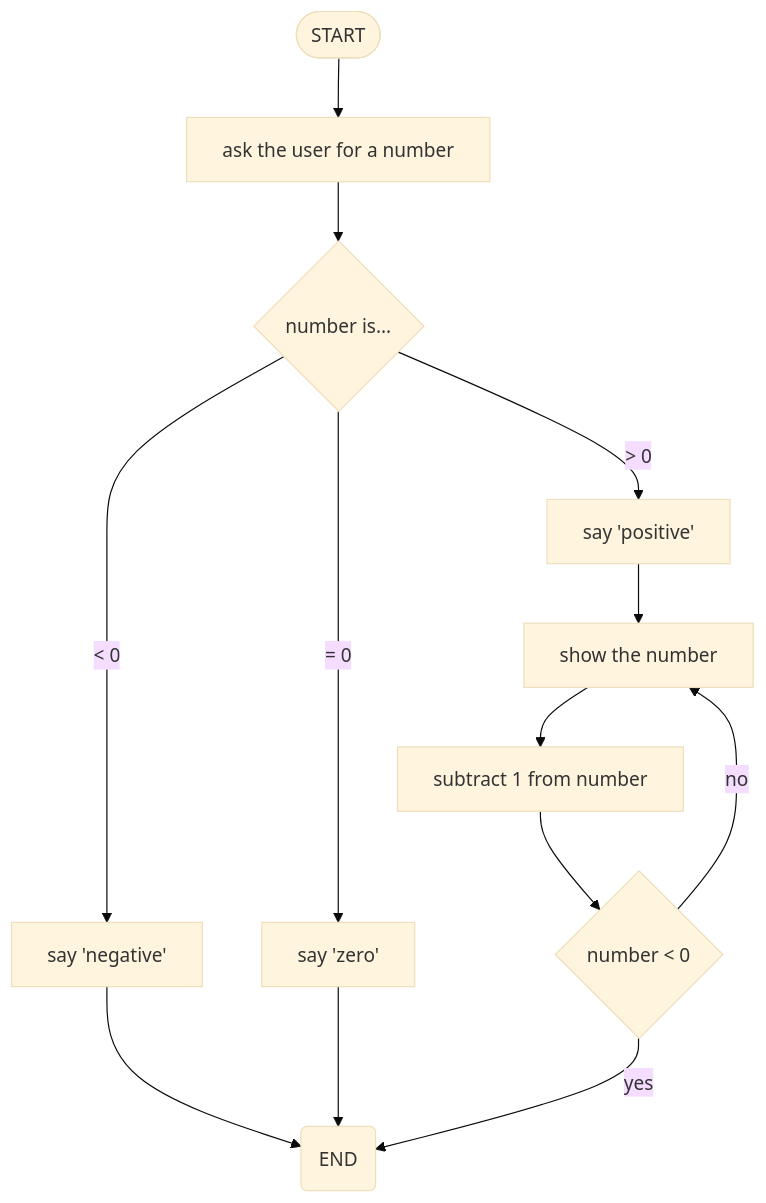
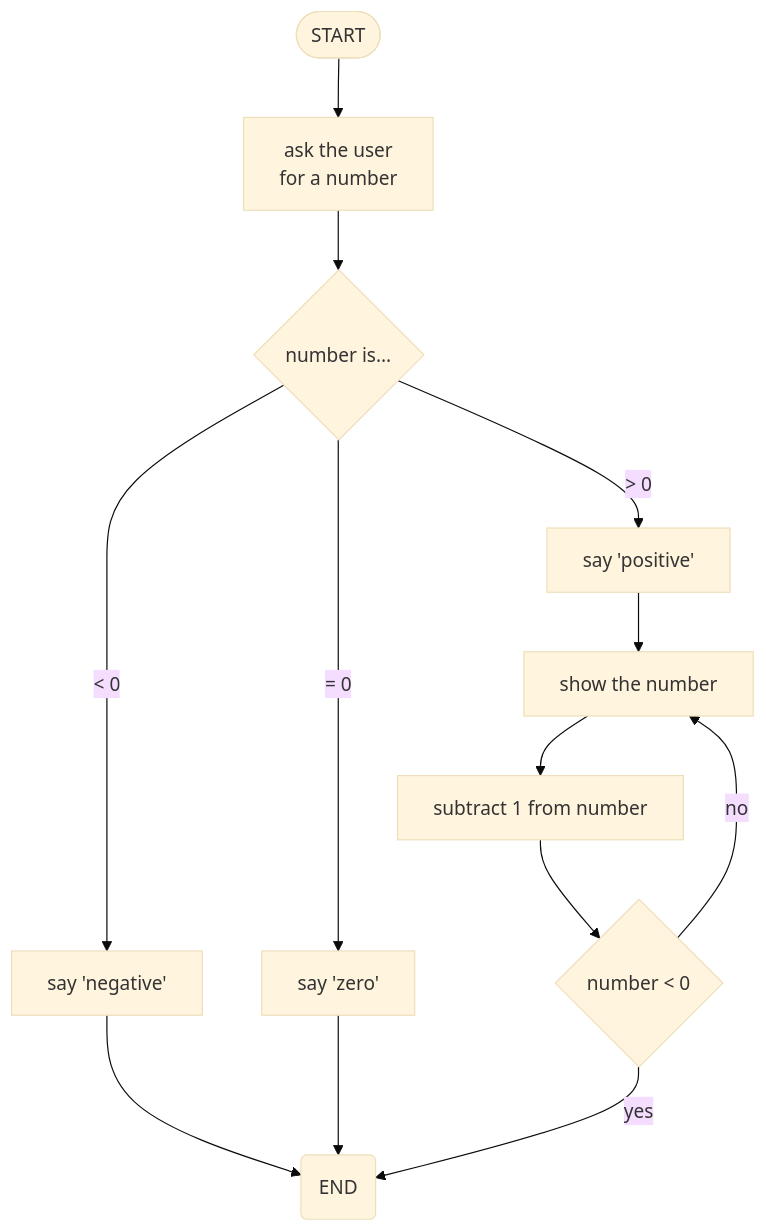
Before and after one commit to stevecopley/quiz: the first of 13 diagrams in quizzes/algos/basics.md, drawn with Mermaid (base theme). The commit also changed other lines of this file and 5 other files, not shown here.

````diff
--- a/quizzes/algos/basics.md
+++ b/quizzes/algos/basics.md
@@ -11,26 +11,26 @@
 ```mermaid
 graph TD
     A([START])
-    B[ask the user for a number]
+    B[ask the user<br>for a number]
     C{number is...}
     D[say 'positive']
     E[say 'negative']
     F[say 'zero']
     G[show the number]
     H[subtract 1 from number]
     I{number < 0}
     Z(END)
 
     A --> B
     B --> C
     C -- > 0 --> D
     C -- < 0 --> E
     C -- = 0 --> F
     D --> G
     E --> Z
     F --> Z
     G --> H
     H --> I
     I -- yes --> Z
     I -- no --> G
 ```
````
